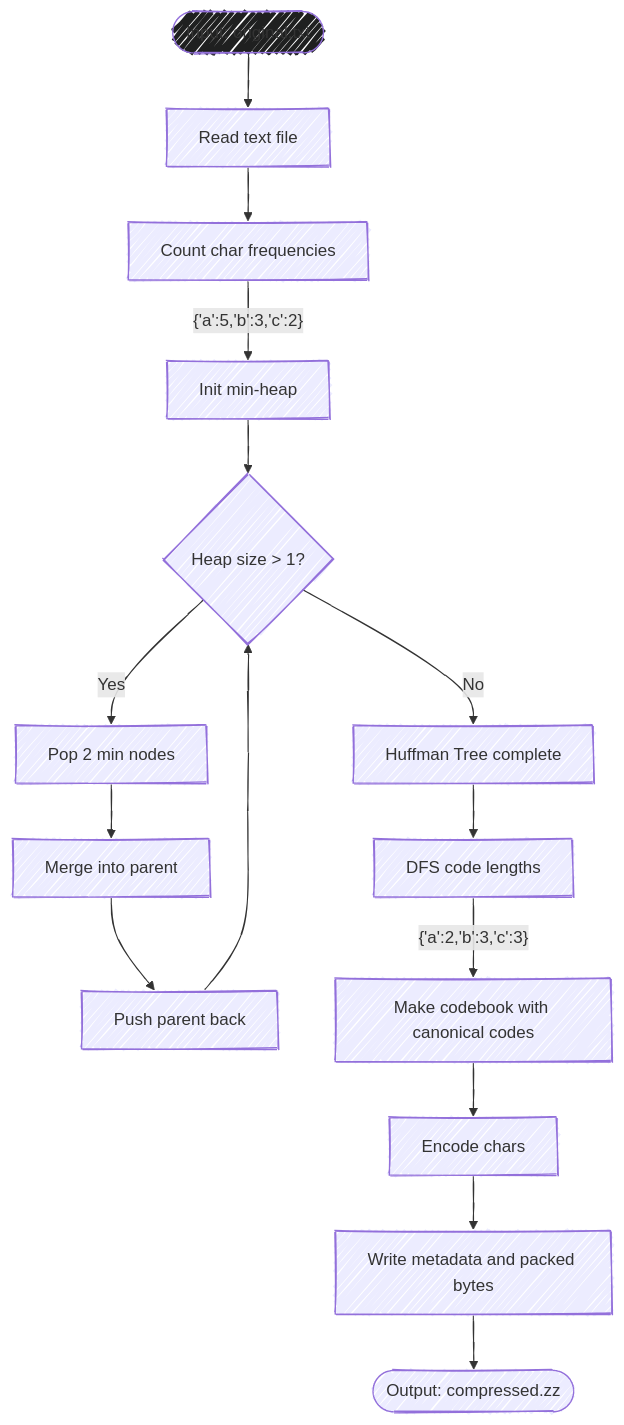
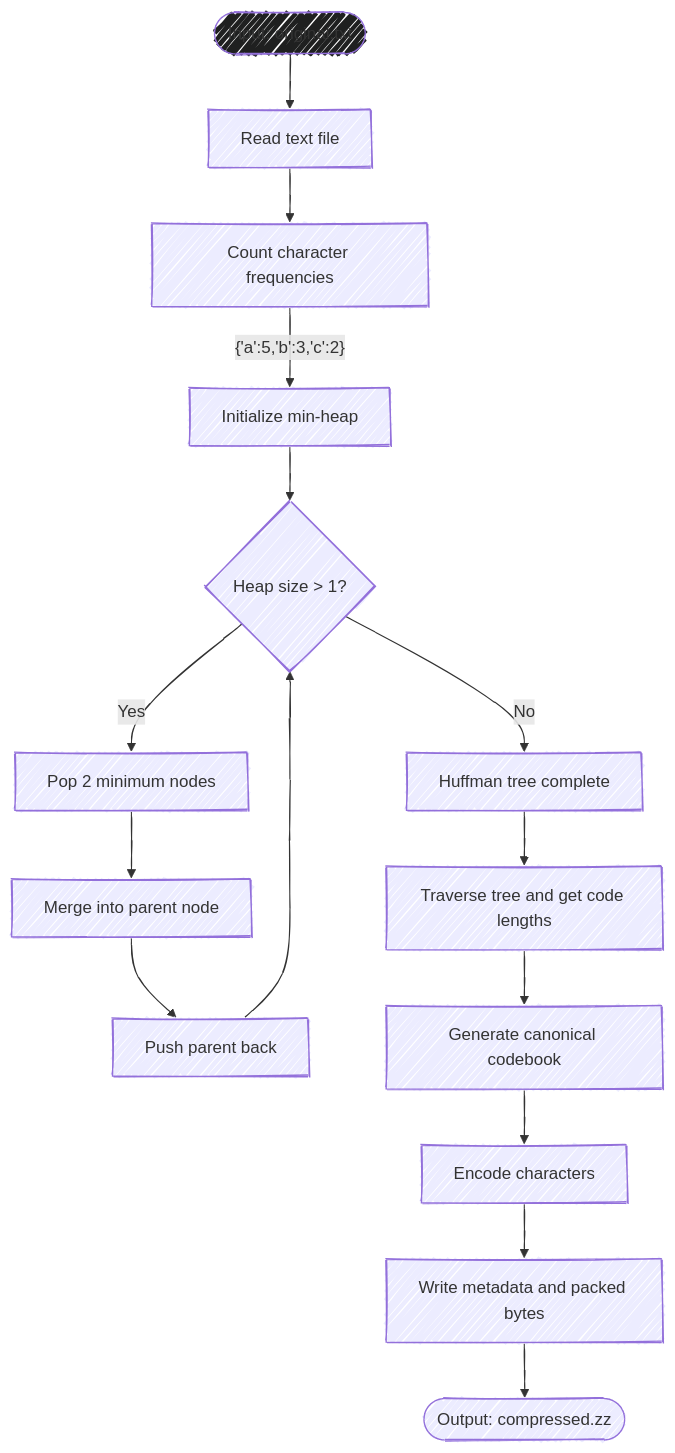
The second of 2 diagrams in src/content/case-studies/zipzap/index.mdx (andrianllmm/andrianllmm.github.io), drawn with Mermaid before and after one commit. The commit also changed other lines of this file and 14 other files, not shown here.

````diff
--- a/src/content/case-studies/zipzap/index.mdx
+++ b/src/content/case-studies/zipzap/index.mdx
@@ -80,16 +95,23 @@
 ```mermaid
 ---
 config:
     look: handDrawn
 ---
 
 flowchart TD
-    START([Input: original.txt]) --> READ[Read text file] --> FREQ_COUNT[Count char frequencies]
-    FREQ_COUNT --> |"{'a':5,'b':3,'c':2}"| HEAP_INIT[Init min-heap] --> HEAP_LOOP{Heap size > 1?}
-    HEAP_LOOP -->|Yes| POP2[Pop 2 min nodes] --> MERGE[Merge into parent] --> PUSH[Push parent back] --> HEAP_LOOP
-    HEAP_LOOP -->|No| TREE_DONE[Huffman Tree complete]
-    TREE_DONE --> TRAVERSE[DFS code lengths] --> |"{'a':2,'b':3,'c':3}"| CANONICAL[Make codebook with canonical codes] --> ENCODE_CHARS[Encode chars]
-    ENCODE_CHARS --> WRITE[Write metadata and packed bytes] --> END([Output: compressed.zz])
+    START([Input: original.txt]) --> READ[Read text file] --> FREQ_COUNT[Count character frequencies]
+    FREQ_COUNT --> |"{'a':5,'b':3,'c':2}"| HEAP_INIT[Initialize min-heap]
+    HEAP_INIT --> HEAP_LOOP{Heap size > 1?}
+    HEAP_LOOP -->|Yes| POP2[Pop 2 minimum nodes]
+    POP2 --> MERGE[Merge into parent node]
+    MERGE --> PUSH[Push parent back]
+    PUSH --> HEAP_LOOP
+    HEAP_LOOP -->|No| TREE_DONE[Huffman tree complete]
+    TREE_DONE --> TRAVERSE[Traverse tree and get code lengths]
+    TRAVERSE --> CANONICAL[Generate canonical codebook]
+    CANONICAL --> ENCODE_CHARS[Encode characters]
+    ENCODE_CHARS --> WRITE[Write metadata and packed bytes]
+    WRITE --> END([Output: compressed.zz])
 
     style START fill:#1f2020
 ```
````
